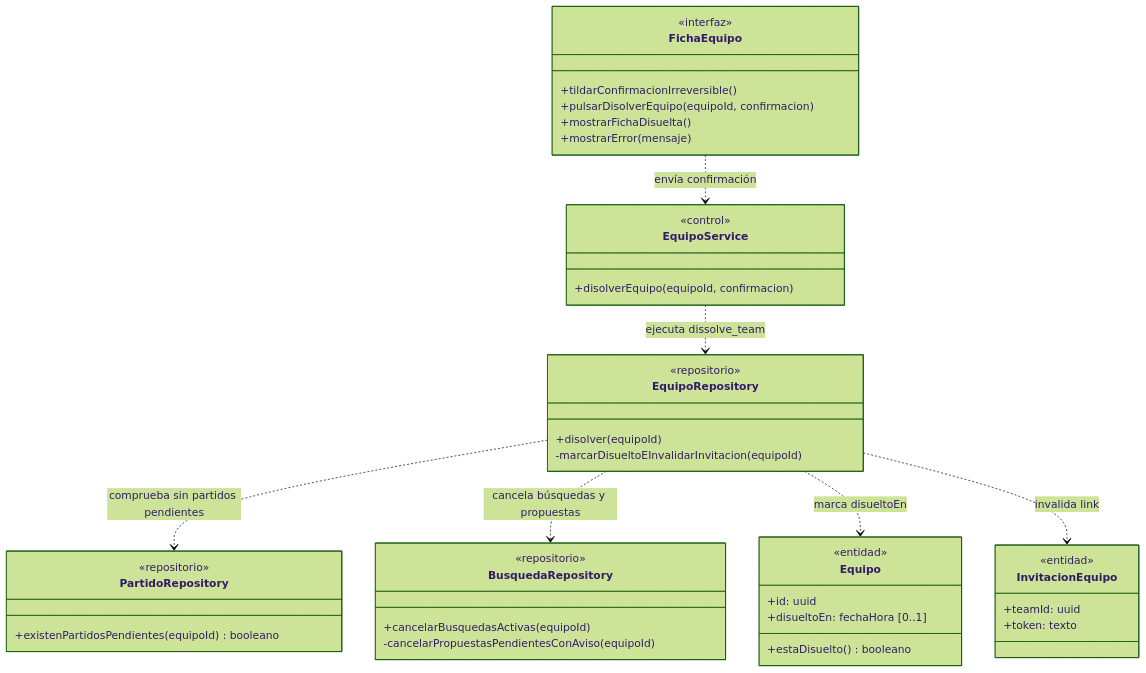
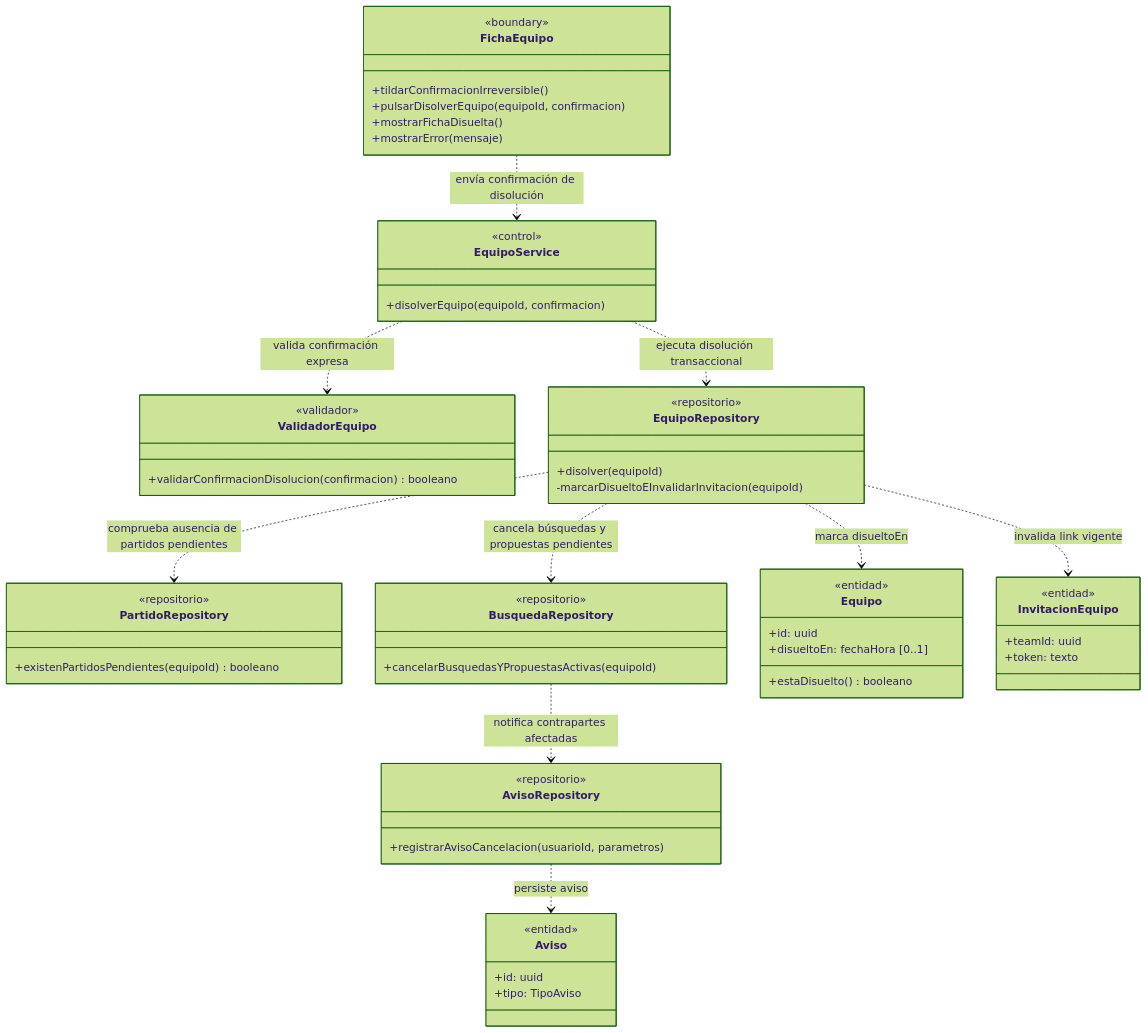
The tenth of 11 diagrams in docs/diagramas-de-clase/equipos.md (nicqletal/torneos-scraper), drawn with Mermaid (forest theme) before and after one commit. The commit also changed other lines of this file and 12 other files, not shown here.

Commit message:
Correcion Diagramas de Clase

````diff
--- a/docs/diagramas-de-clase/equipos.md
+++ b/docs/diagramas-de-clase/equipos.md
@@ -751,46 +602,61 @@
 ```mermaid
 classDiagram
 direction TB
 class FichaEquipo {
-  <<interfaz>>
+  <<boundary>>
   +tildarConfirmacionIrreversible()
   +pulsarDisolverEquipo(equipoId, confirmacion)
   +mostrarFichaDisuelta()
   +mostrarError(mensaje)
 }
 class EquipoService {
   <<control>>
   +disolverEquipo(equipoId, confirmacion)
+}
+class ValidadorEquipo {
+  <<validador>>
+  +validarConfirmacionDisolucion(confirmacion) booleano
 }
 class EquipoRepository {
   <<repositorio>>
   +disolver(equipoId)
   -marcarDisueltoEInvalidarInvitacion(equipoId)
 }
 class PartidoRepository {
   <<repositorio>>
   +existenPartidosPendientes(equipoId) booleano
 }
 class BusquedaRepository {
   <<repositorio>>
-  +cancelarBusquedasActivas(equipoId)
-  -cancelarPropuestasPendientesConAviso(equipoId)
+  +cancelarBusquedasYPropuestasActivas(equipoId)
+}
+class AvisoRepository {
+  <<repositorio>>
+  +registrarAvisoCancelacion(usuarioId, parametros)
 }
 class Equipo {
   <<entidad>>
   +id: uuid
   +disueltoEn: fechaHora [0..1]
   +estaDisuelto() booleano
 }
 class InvitacionEquipo {
   <<entidad>>
   +teamId: uuid
   +token: texto
 }
-FichaEquipo ..> EquipoService : envía confirmación
-EquipoService ..> EquipoRepository : ejecuta dissolve_team
-EquipoRepository ..> PartidoRepository : comprueba sin partidos pendientes
-EquipoRepository ..> BusquedaRepository : cancela búsquedas y propuestas
+class Aviso {
+  <<entidad>>
+  +id: uuid
+  +tipo: TipoAviso
+}
+FichaEquipo ..> EquipoService : envía confirmación de disolución
+EquipoService ..> ValidadorEquipo : valida confirmación expresa
+EquipoService ..> EquipoRepository : ejecuta disolución transaccional
+EquipoRepository ..> PartidoRepository : comprueba ausencia de partidos pendientes
+EquipoRepository ..> BusquedaRepository : cancela búsquedas y propuestas pendientes
+BusquedaRepository ..> AvisoRepository : notifica contrapartes afectadas
+AvisoRepository ..> Aviso : persiste aviso
 EquipoRepository ..> Equipo : marca disueltoEn
-EquipoRepository ..> InvitacionEquipo : invalida link
+EquipoRepository ..> InvitacionEquipo : invalida link vigente
 ```
````
